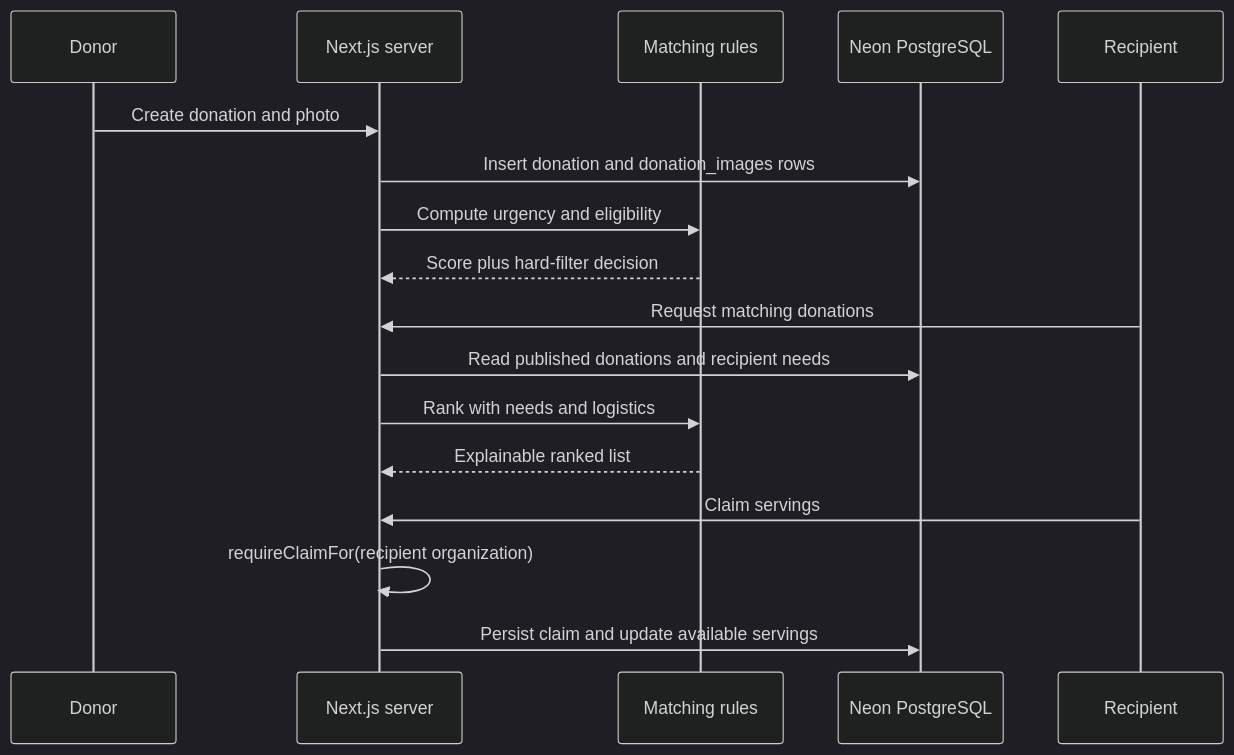
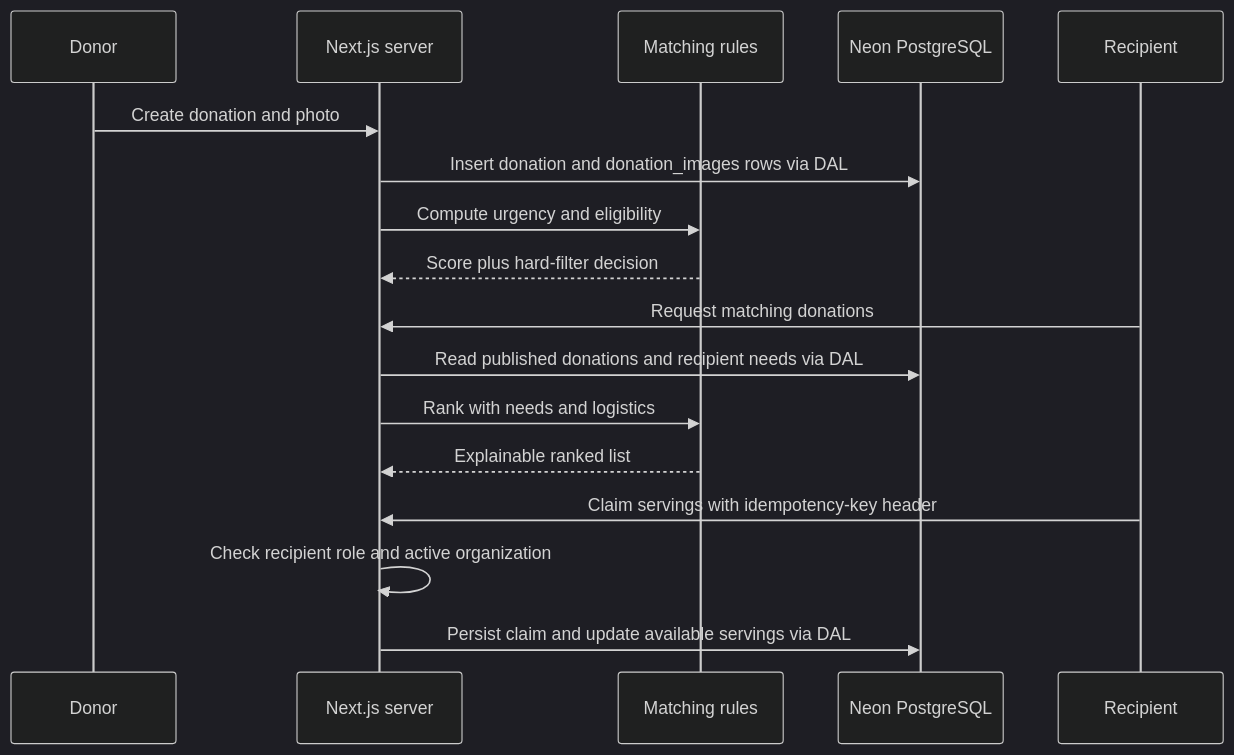
One commit to dinozaoro/aahaarloop changed the second of 5 diagrams in docs/architecture.md. Above: the diagram before and after it, drawn with Mermaid (dark theme). The commit also changed other lines of this file and 2 other files, not shown here.

````diff
--- a/docs/architecture.md
+++ b/docs/architecture.md
@@ -55,20 +61,20 @@
 ```mermaid
 sequenceDiagram
   participant Donor
   participant Web as Next.js server
   participant Rules as Matching rules
   participant DB as Neon PostgreSQL
   participant Recipient
 
   Donor->>Web: Create donation and photo
-  Web->>DB: Insert donation and donation_images rows
+  Web->>DB: Insert donation and donation_images rows via DAL
   Web->>Rules: Compute urgency and eligibility
   Rules-->>Web: Score plus hard-filter decision
   Recipient->>Web: Request matching donations
-  Web->>DB: Read published donations and recipient needs
+  Web->>DB: Read published donations and recipient needs via DAL
   Web->>Rules: Rank with needs and logistics
   Rules-->>Web: Explainable ranked list
-  Recipient->>Web: Claim servings
-  Web->>Web: requireClaimFor(recipient organization)
-  Web->>DB: Persist claim and update available servings
+  Recipient->>Web: Claim servings with idempotency-key header
+  Web->>Web: Check recipient role and active organization
+  Web->>DB: Persist claim and update available servings via DAL
 ```
````
